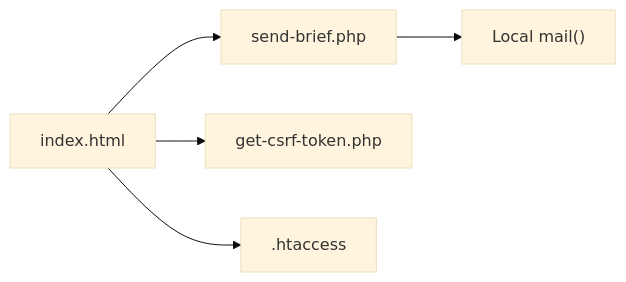
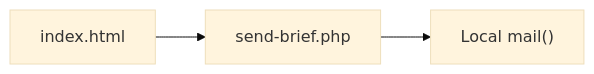
One commit to Vostrikov2014/emoo changed the sixth of 6 diagrams in .qoder/repowiki/en/content/Security Implementation.md. Above: the diagram before and after it, drawn with Mermaid (base theme). The commit also changed other lines of this file and 4 other files, not shown here.

````diff
--- a/.qoder/repowiki/en/content/Security Implementation.md
+++ b/.qoder/repowiki/en/content/Security Implementation.md
@@ -241,7 +179,5 @@
 ```mermaid
 graph LR
 HTML["index.html"] --> PHP["send-brief.php"]
-HTML --> TOKEN["get-csrf-token.php"]
-HTML --> HTACCESS[".htaccess"]
 PHP --> MAIL["Local mail()"]
 ```
````
